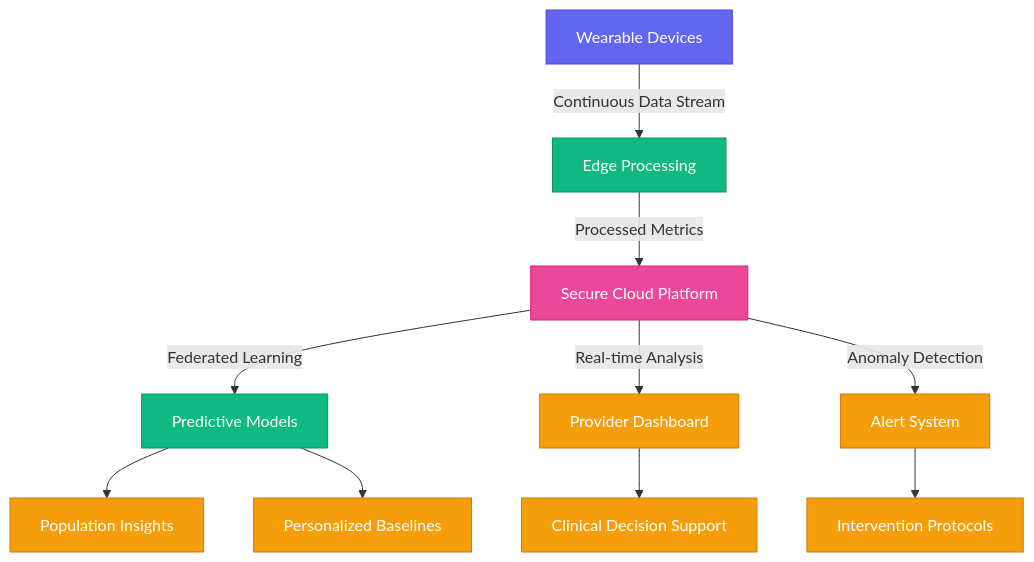
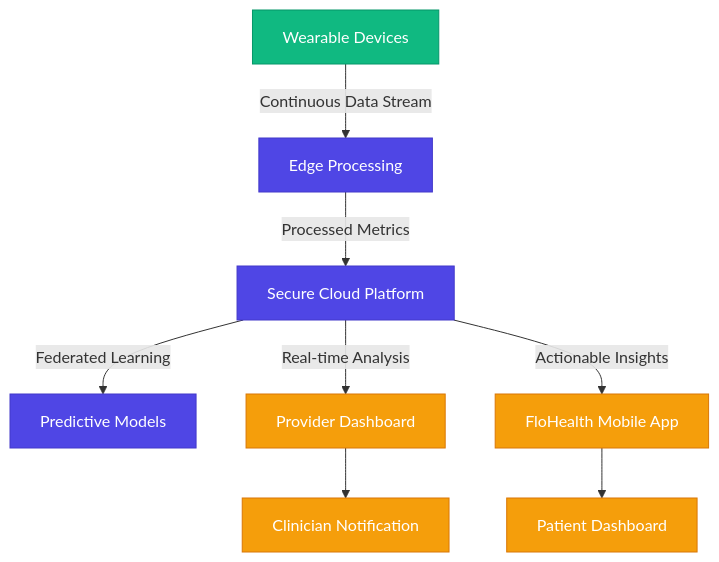
The third of 3 diagrams in research/market_trends_2024_2025.md (SquizAI/EHR), drawn with Mermaid before and after one commit. The commit also changed 15 other files, not shown here.

Commit message:
Update platform to FloHealth with sales-oriented content and fix Mermaid diagrams

````diff
--- a/research/market_trends_2024_2025.md
+++ b/research/market_trends_2024_2025.md
@@ -78,22 +78,18 @@
 ```mermaid
 flowchart TD
     A[Wearable Devices] -->|Continuous Data Stream| B[Edge Processing]
     B -->|Processed Metrics| C[Secure Cloud Platform]
     C -->|Federated Learning| D[Predictive Models]
     C -->|Real-time Analysis| E[Provider Dashboard]
-    C -->|Anomaly Detection| F[Alert System]
-    D --> G[Population Insights]
-    D --> H[Personalized Baselines]
-    E --> I[Clinical Decision Support]
-    F --> J[Intervention Protocols]
+    C -->|Actionable Insights| F[FloHealth Mobile App]
+    E --> G[Clinician Notification]
+    F --> H[Patient Dashboard]
     
-    classDef device fill:#6366F1,stroke:#4F46E5,color:#FFFFFF
-    classDef processing fill:#10B981,stroke:#059669,color:#FFFFFF
-    classDef platform fill:#EC4899,stroke:#DB2777,color:#FFFFFF
-    classDef output fill:#F59E0B,stroke:#D97706,color:#FFFFFF
+    classDef device fill:#10B981,stroke:#059669,color:#FFFFFF
+    classDef platform fill:#4F46E5,stroke:#4338CA,color:#FFFFFF
+    classDef interface fill:#F59E0B,stroke:#D97706,color:#FFFFFF
     
     class A device
-    class B,D processing
-    class C platform
-    class E,F,G,H,I,J output
+    class B,C,D platform
+    class E,F,G,H interface
 ```
````
